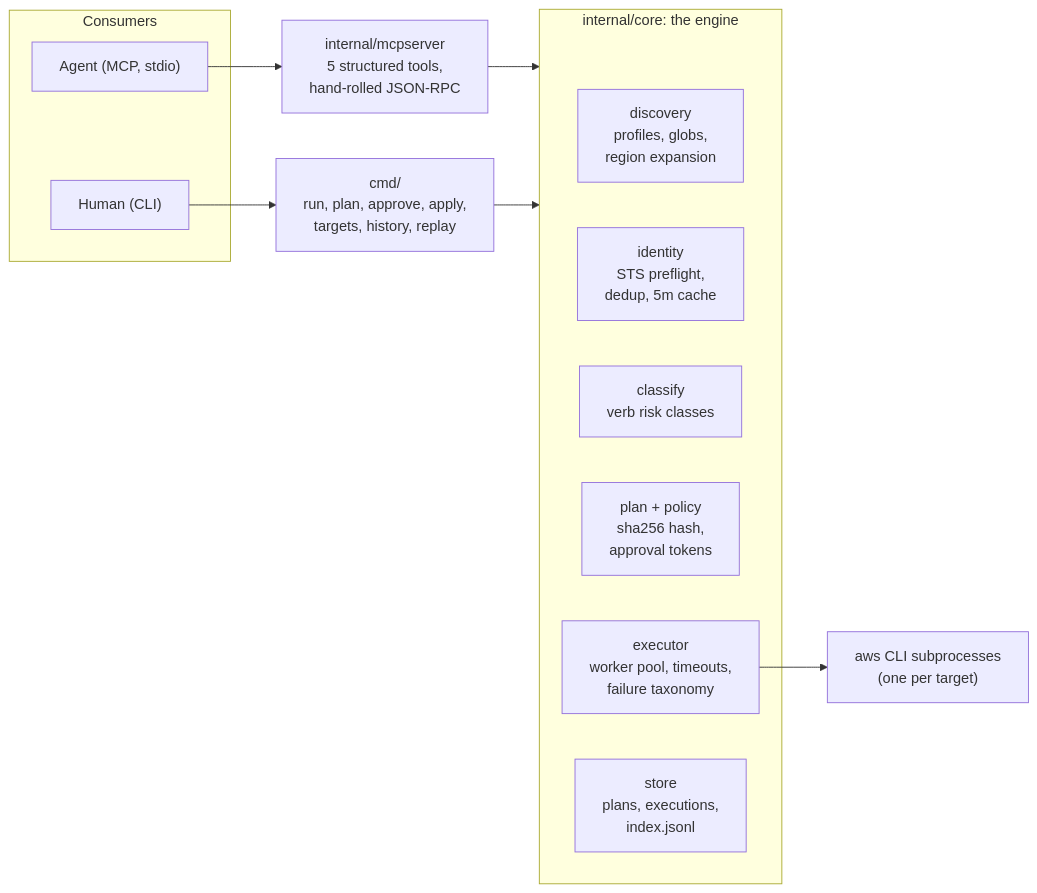
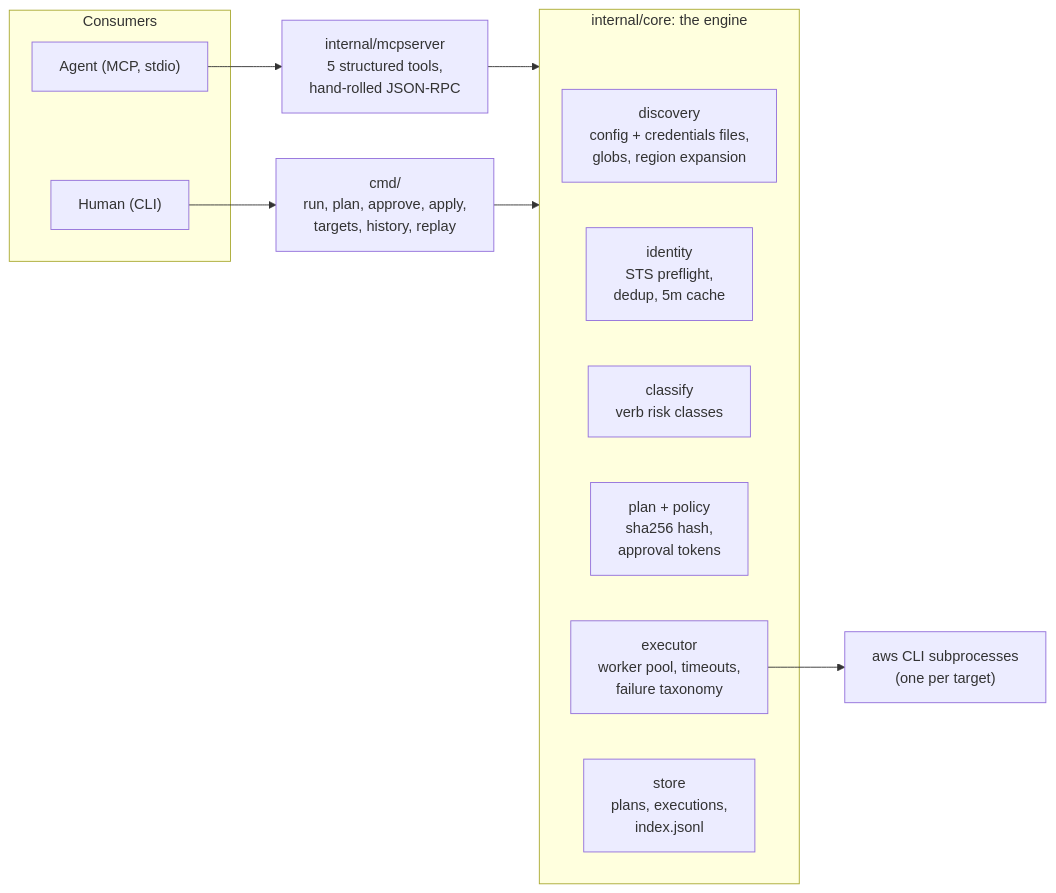
One commit to 0hardik1/awsmux changed the first of 2 diagrams in docs/ARCHITECTURE.md. Above: the diagram before and after it, drawn with Mermaid. The commit also changed other lines of this file and 2 other files, not shown here.

First line of the commit message:
docs: credentials-file discovery, doctor, and first-run quickstart

````diff
--- a/docs/ARCHITECTURE.md
+++ b/docs/ARCHITECTURE.md
@@ -7,20 +7,20 @@
 ```mermaid
 flowchart LR
     subgraph consumers [Consumers]
         AG["Agent (MCP, stdio)"]
         HU["Human (CLI)"]
     end
     AG --> MCP["internal/mcpserver<br/>5 structured tools,<br/>hand-rolled JSON-RPC"]
     HU --> CMD["cmd/<br/>run, plan, approve, apply,<br/>targets, history, replay"]
     MCP --> CORE
     CMD --> CORE
     subgraph CORE [internal/core: the engine]
-        DISC["discovery<br/>profiles, globs,<br/>region expansion"]
+        DISC["discovery<br/>config + credentials files,<br/>globs, region expansion"]
         IDEN["identity<br/>STS preflight,<br/>dedup, 5m cache"]
         CLS["classify<br/>verb risk classes"]
         PLAN["plan + policy<br/>sha256 hash,<br/>approval tokens"]
         EXEC["executor<br/>worker pool, timeouts,<br/>failure taxonomy"]
         STORE["store<br/>plans, executions,<br/>index.jsonl"]
     end
     EXEC --> AWS["aws CLI subprocesses<br/>(one per target)"]
 ```
````
